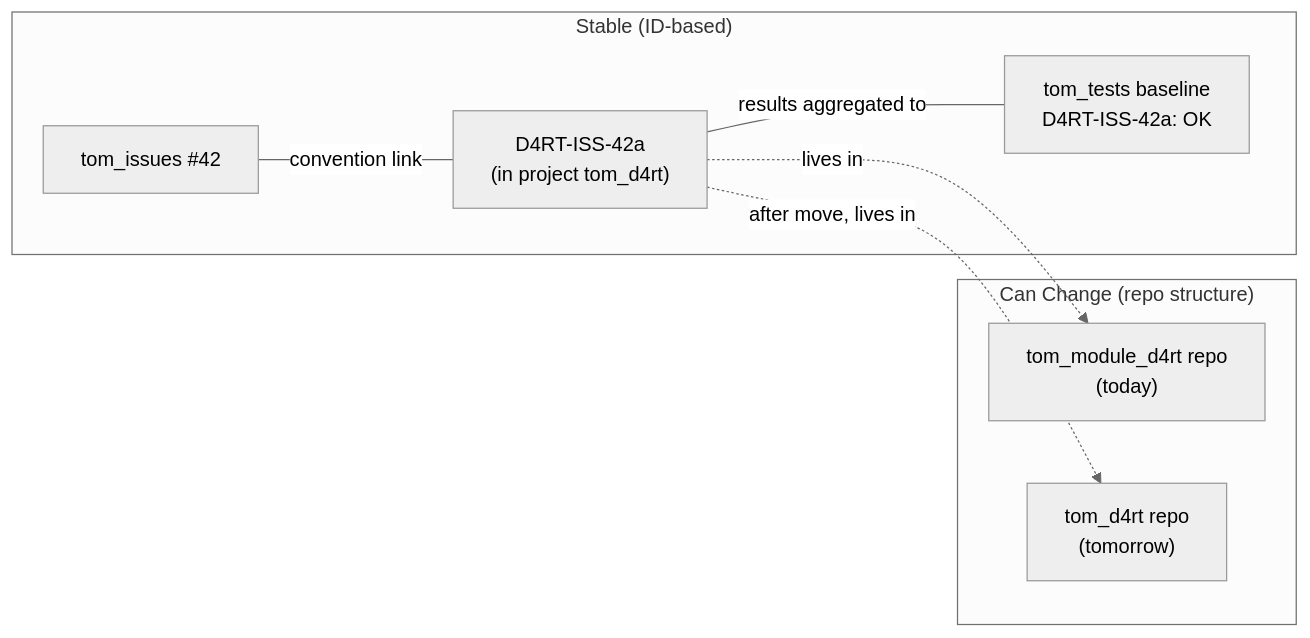
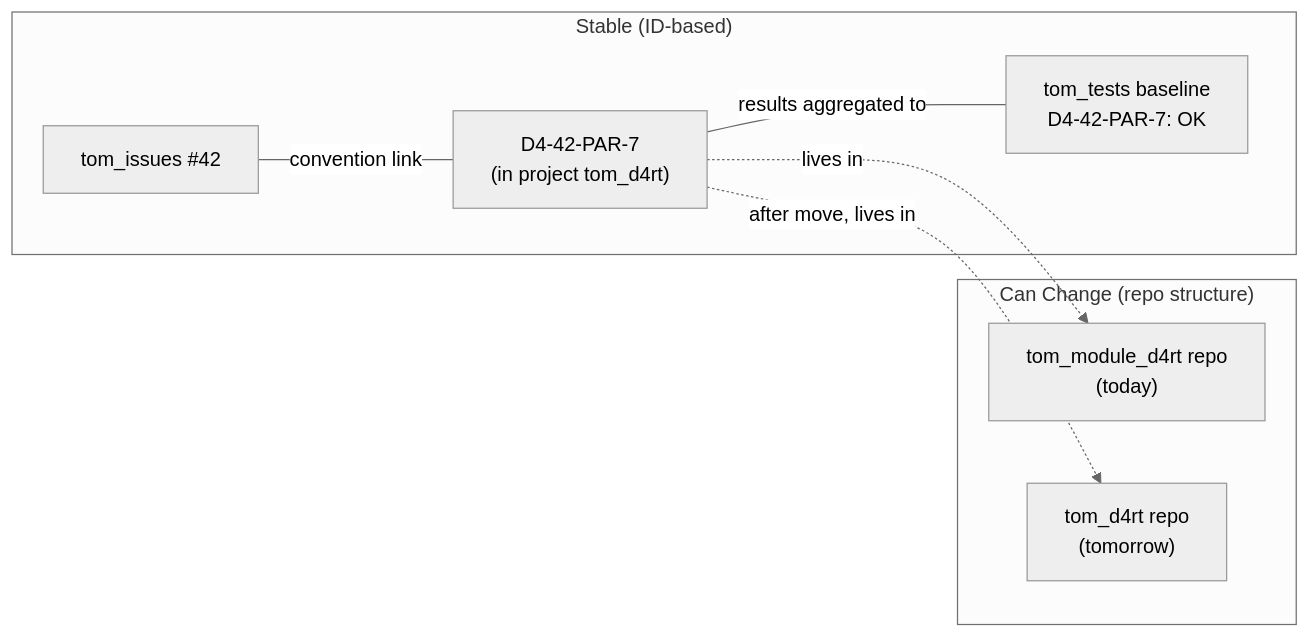
The second of 7 diagrams in tom_issue_kit/doc/issue_tracking.md (al-the-bear/tom_module_basics), drawn with Mermaid (neutral theme) before and after one commit. The commit also changed other lines of this file, not shown here.

Commit message:
docs: rewrite ID scheme — drop ISS- prefix, shorter project IDs, test promotion, stub detection

````diff
--- a/tom_issue_kit/doc/issue_tracking.md
+++ b/tom_issue_kit/doc/issue_tracking.md
@@ -139,18 +139,18 @@
 ```mermaid
 graph LR
     subgraph "Stable (ID-based)"
         ISS["tom_issues #42"]
-        TEST["D4RT-ISS-42a<br/>(in project tom_d4rt)"]
-        RESULT["tom_tests baseline<br/>D4RT-ISS-42a: OK"]
+        TEST["D4-42-PAR-7<br/>(in project tom_d4rt)"]
+        RESULT["tom_tests baseline<br/>D4-42-PAR-7: OK"]
     end
 
     subgraph "Can Change (repo structure)"
         R1["tom_module_d4rt repo<br/>(today)"]
         R2["tom_d4rt repo<br/>(tomorrow)"]
     end
 
     ISS ---|"convention link"| TEST
     TEST ---|"results aggregated to"| RESULT
     TEST -.->|"lives in"| R1
     TEST -.->|"after move, lives in"| R2
 ```
````
